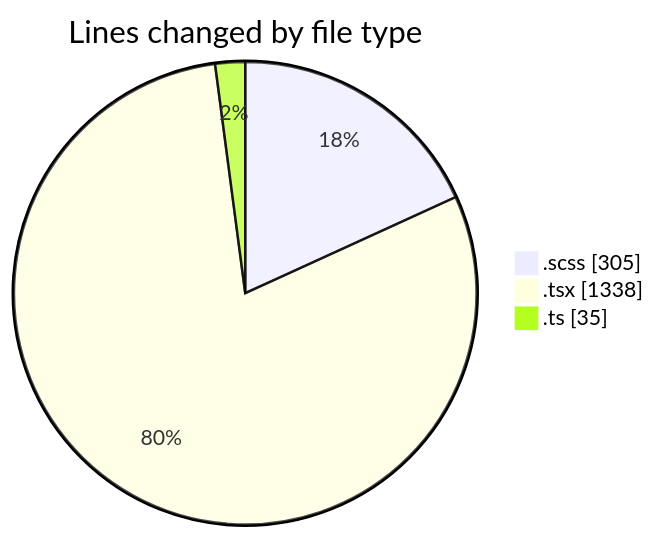
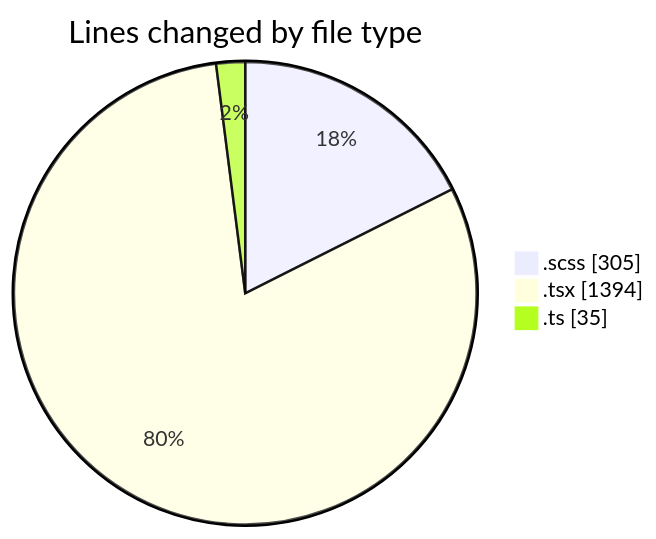
The first of 2 diagrams in 2025-03-04/cda/README.md (momahboobian/code-tracking), drawn with Mermaid before and after one commit. The commit also changed other lines of this file and 1 other file, not shown here.

````diff
--- a/2025-03-04/cda/README.md
+++ b/2025-03-04/cda/README.md
@@ -31,7 +31,7 @@
 ```mermaid
 pie showData
 title Lines changed by file type
 ".scss" : 305
-".tsx" : 1338
+".tsx" : 1394
 ".ts" : 35
 ```
````
